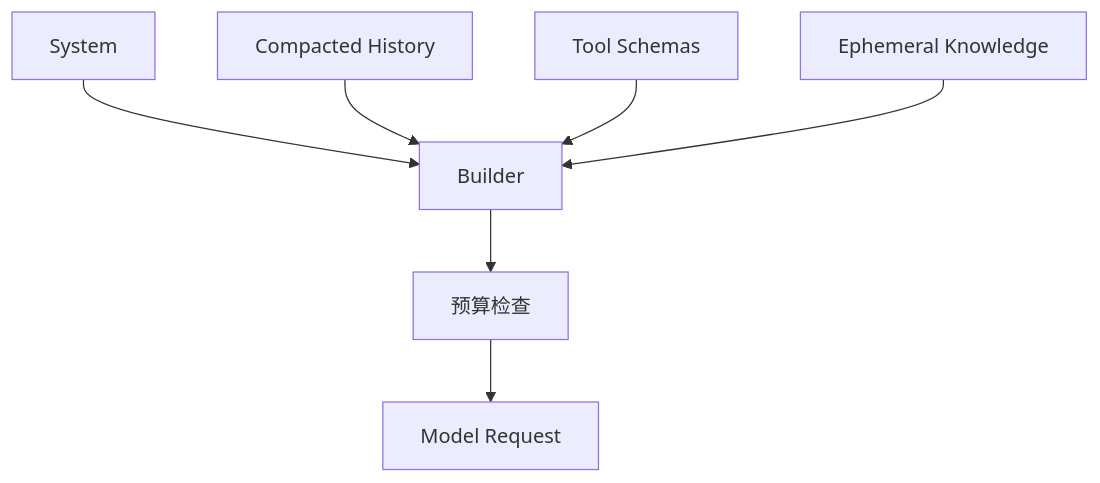
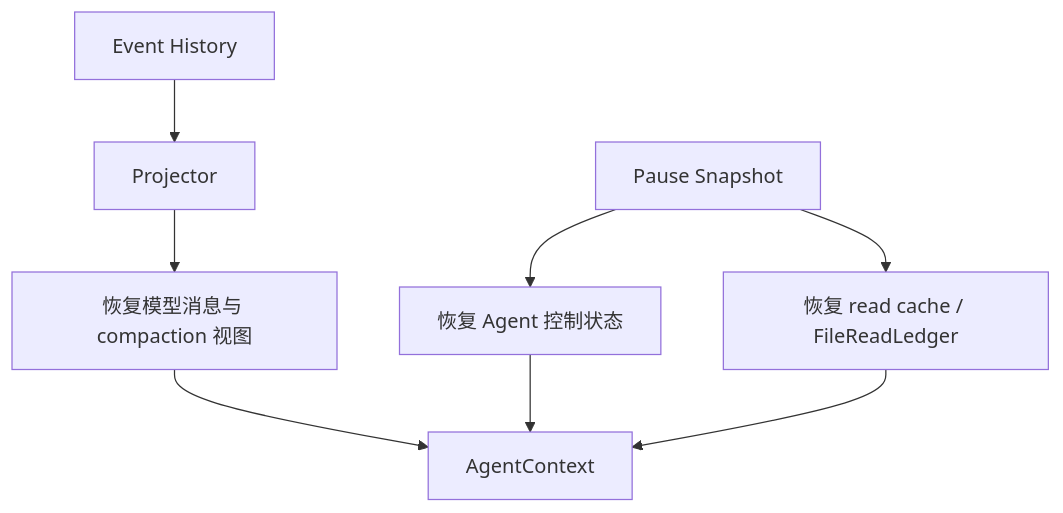
One commit to Arthur999459up/GitAgent changed diagram 17 of 18 in docs/10-context-governance-and-read-state.md. Above: the diagram before and after it, drawn with Mermaid. The commit also changed other lines of this file and 3 other files, not shown here.

````diff
--- a/docs/10-context-governance-and-read-state.md
+++ b/docs/10-context-governance-and-read-state.md
@@ -268,9 +964,10 @@
 ```mermaid
 flowchart TD
-    S[System] --> B[Builder]
-    H[Compacted History] --> B
-    T[Tool Schemas] --> B
-    E[Ephemeral Knowledge] --> B
-    B --> K[预算检查]
-    K --> Q[Model Request]
+    E[Event History] --> P[Projector]
+    P --> M[恢复模型消息与 compaction 视图]
+    S[Pause Snapshot] --> C[恢复 Agent 控制状态]
+    S --> R[恢复 read cache / FileReadLedger]
+    M --> A[AgentContext]
+    C --> A
+    R --> A
 ```
````
